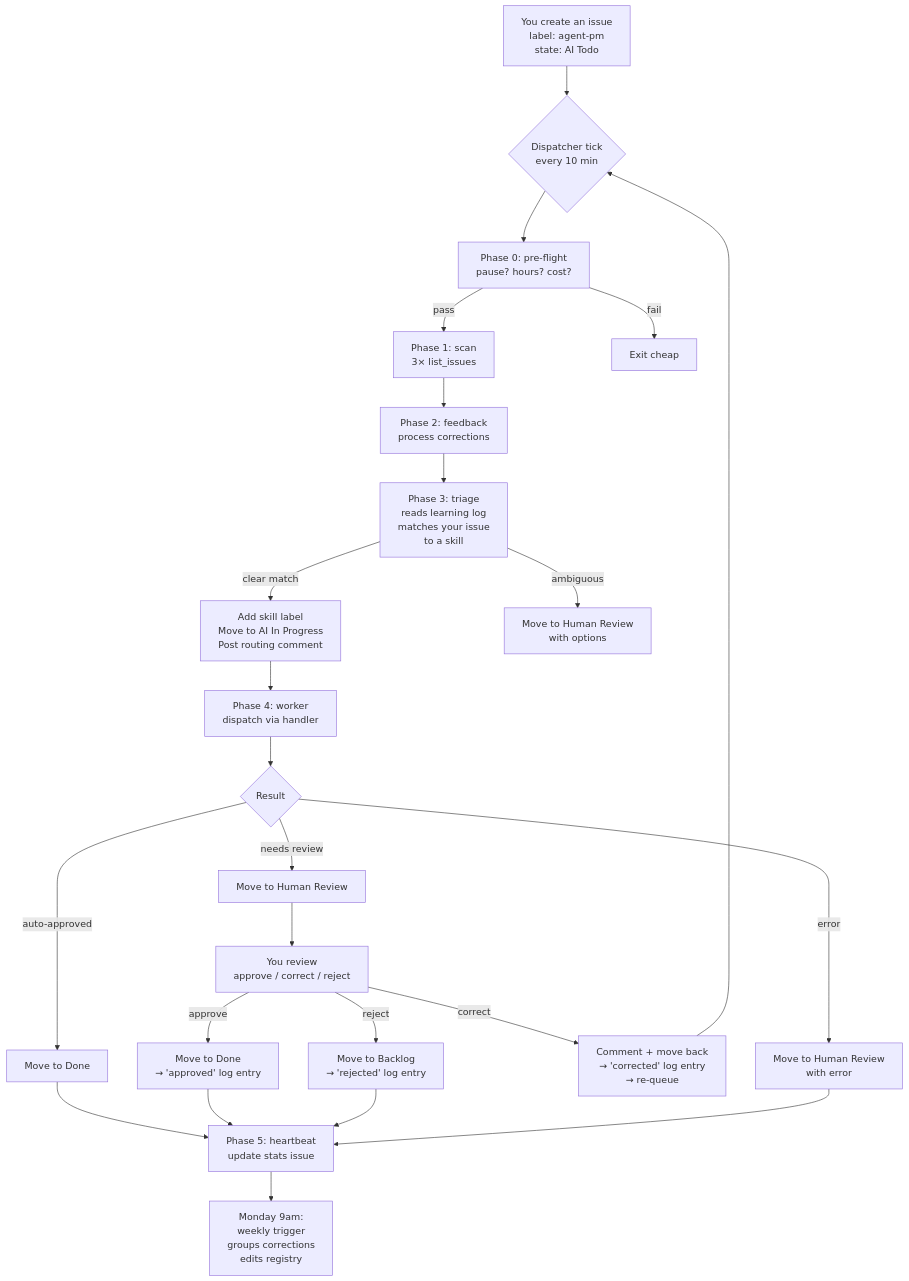
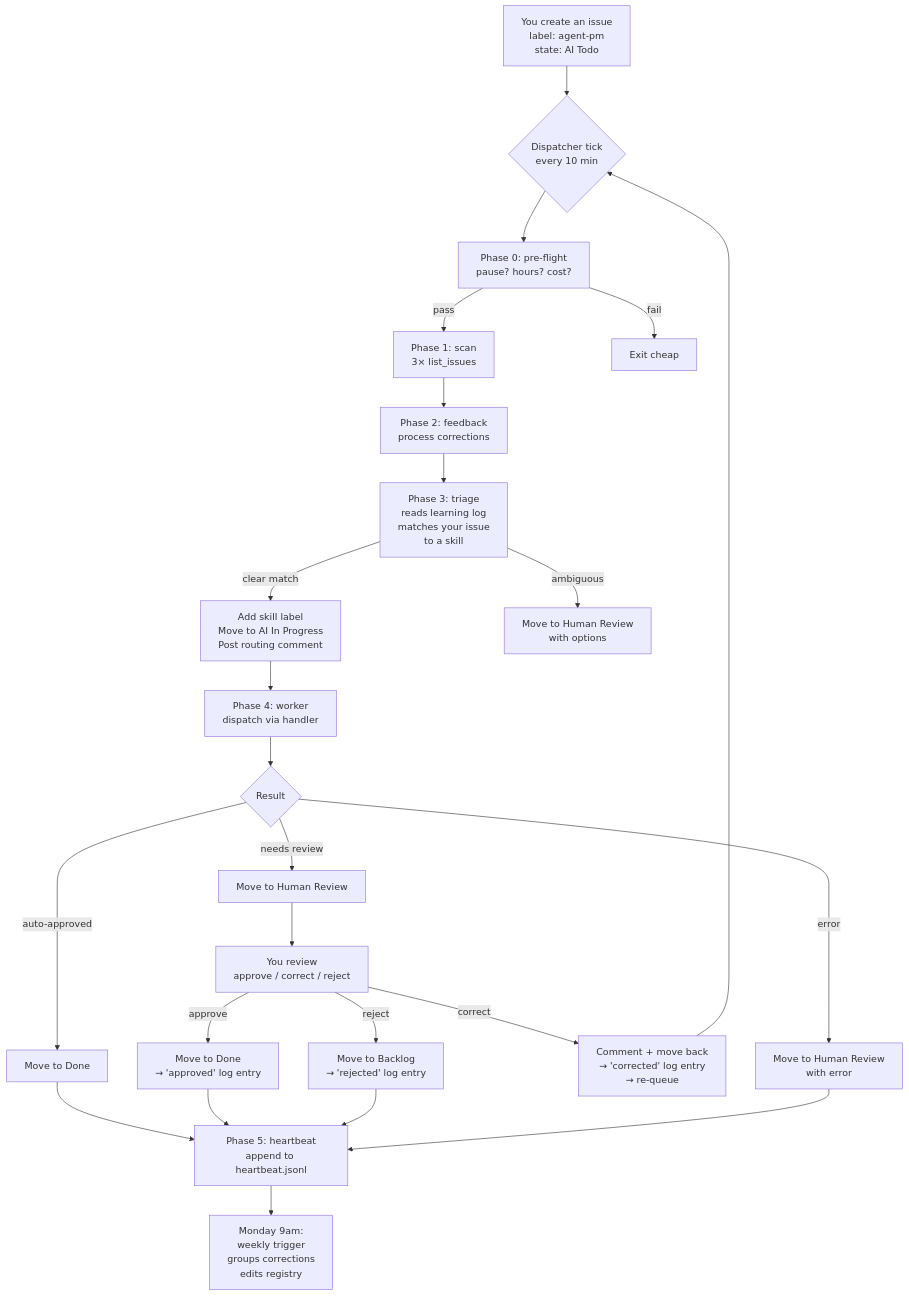
The diagram in docs/MANUAL.md (mssanwel/agent-pm), drawn with Mermaid before and after one commit. The commit also changed other lines of this file and 7 other files, not shown here.

First line of the commit message:
refactor: move heartbeat from Linear issue to local JSONL

````diff
--- a/docs/MANUAL.md
+++ b/docs/MANUAL.md
@@ -42,26 +42,26 @@
 ```mermaid
 flowchart TD
     A["You create an issue<br/>label: agent-pm<br/>state: AI Todo"] --> B{Dispatcher tick<br/>every 10 min}
     B --> C["Phase 0: pre-flight<br/>pause? hours? cost?"]
     C -->|pass| D["Phase 1: scan<br/>3× list_issues"]
     C -->|fail| Z[Exit cheap]
     D --> E["Phase 2: feedback<br/>process corrections"]
     E --> F["Phase 3: triage<br/>reads learning log<br/>matches your issue<br/>to a skill"]
     F -->|clear match| G["Add skill label<br/>Move to AI In Progress<br/>Post routing comment"]
     F -->|ambiguous| H["Move to Human Review<br/>with options"]
     G --> I["Phase 4: worker<br/>dispatch via handler"]
     I --> J{Result}
     J -->|needs review| K[Move to Human Review]
     J -->|auto-approved| L[Move to Done]
     J -->|error| M[Move to Human Review<br/>with error]
     K --> N["You review<br/>approve / correct / reject"]
     N -->|approve| O["Move to Done<br/>→ 'approved' log entry"]
     N -->|correct| P["Comment + move back<br/>→ 'corrected' log entry<br/>→ re-queue"]
     N -->|reject| Q["Move to Backlog<br/>→ 'rejected' log entry"]
-    L --> R["Phase 5: heartbeat<br/>update stats issue"]
+    L --> R["Phase 5: heartbeat<br/>append to heartbeat.jsonl"]
     O --> R
     P --> B
     Q --> R
     M --> R
     R --> S["Monday 9am:<br/>weekly trigger<br/>groups corrections<br/>edits registry"]
 ```
````
